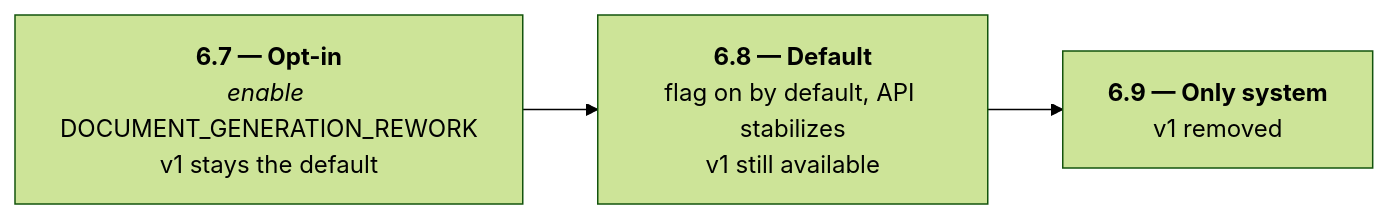
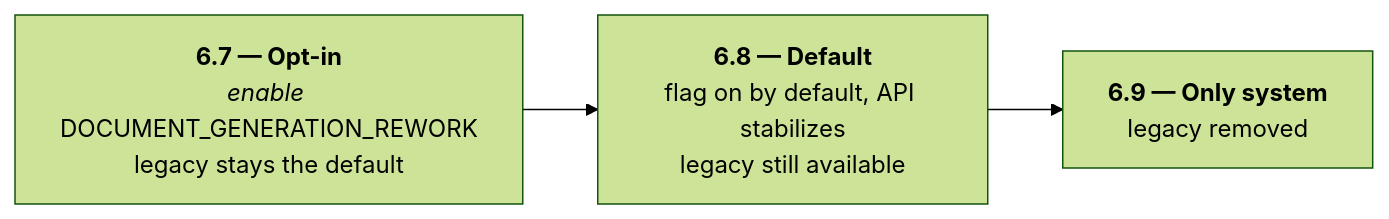
One commit to shopware/docs changed the second of 2 diagrams in concepts/commerce/checkout-concept/document/index.md. Above: the diagram before and after it, drawn with Mermaid (forest theme). The commit also changed other lines of this file and 11 other files, not shown here.

````diff
--- a/concepts/commerce/checkout-concept/document/index.md
+++ b/concepts/commerce/checkout-concept/document/index.md
@@ -37,4 +37,4 @@
 ```mermaid
 flowchart LR
-    A["<b>6.7 — Opt-in</b><br><i>enable</i> DOCUMENT_GENERATION_REWORK<br>v1 stays the default"] --> B["<b>6.8 — Default</b><br>flag on by default, API stabilizes<br>v1 still available"] --> C["<b>6.9 — Only system</b><br>v1 removed"]
+    A["<b>6.7 — Opt-in</b><br><i>enable</i> DOCUMENT_GENERATION_REWORK<br>legacy stays the default"] --> B["<b>6.8 — Default</b><br>flag on by default, API stabilizes<br>legacy still available"] --> C["<b>6.9 — Only system</b><br>legacy removed"]
 ```
````
